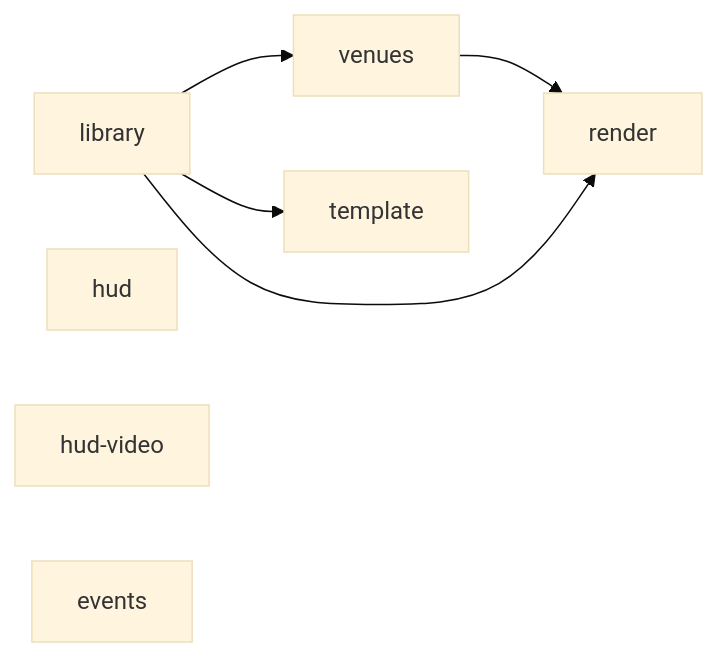
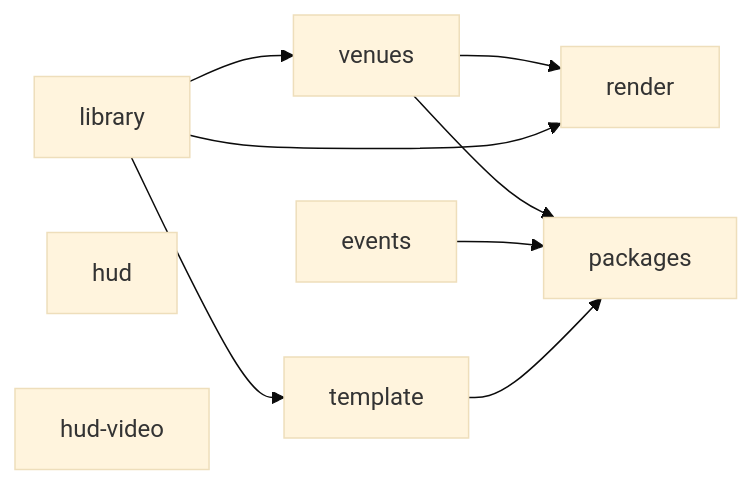
The diagram in docs/PIPELINE.md (heditwo/gh3-clonehero-skin), drawn with Mermaid (base theme) before and after one commit. The commit also changed other lines of this file and 29 other files, not shown here.

````diff
--- a/docs/PIPELINE.md
+++ b/docs/PIPELINE.md
@@ -39,9 +39,11 @@
 ```mermaid
 flowchart LR
     library --> venues --> render
     library --> render
     library --> template
+    venues --> packages
+    events --> packages
+    template --> packages
     hud
     hudvideo[hud-video]
-    events
 ```
````
